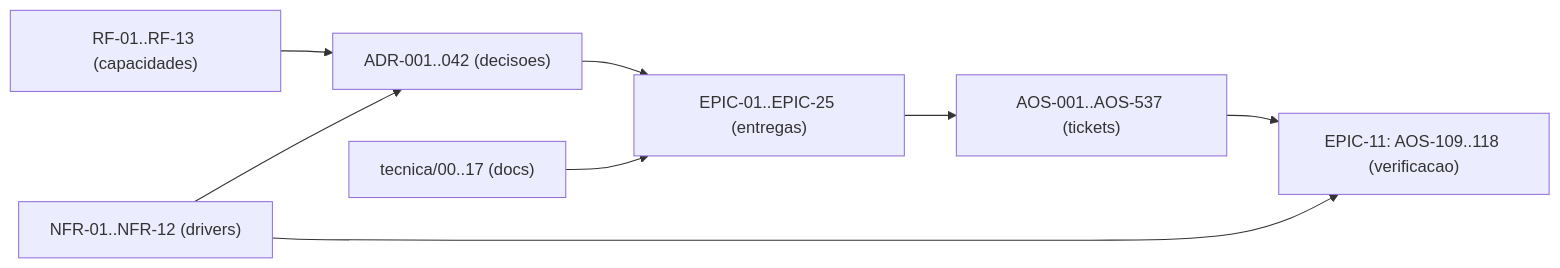
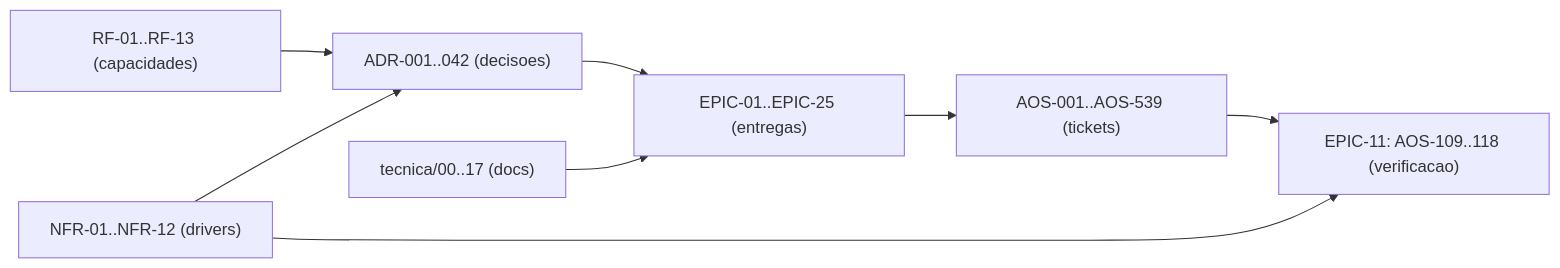
The diagram in tecnica/16_Rastreabilidade_RTM.md (albinoJimy/aos), drawn with Mermaid before and after one commit. The commit also changed other lines of this file and 26 other files, not shown here.

````diff
--- a/tecnica/16_Rastreabilidade_RTM.md
+++ b/tecnica/16_Rastreabilidade_RTM.md
@@ -211,10 +211,10 @@
 ```mermaid
 flowchart LR
     RF["RF-01..RF-13 (capacidades)"] --> ADR["ADR-001..042 (decisoes)"]
     NFR["NFR-01..NFR-12 (drivers)"] --> ADR
     ADR --> EPIC["EPIC-01..EPIC-25 (entregas)"]
-    EPIC --> TICK["AOS-001..AOS-537 (tickets)"]
+    EPIC --> TICK["AOS-001..AOS-539 (tickets)"]
     DOC["tecnica/00..17 (docs)"] --> EPIC
     TICK --> TEST["EPIC-11: AOS-109..118 (verificacao)"]
     NFR --> TEST
 ```
````
